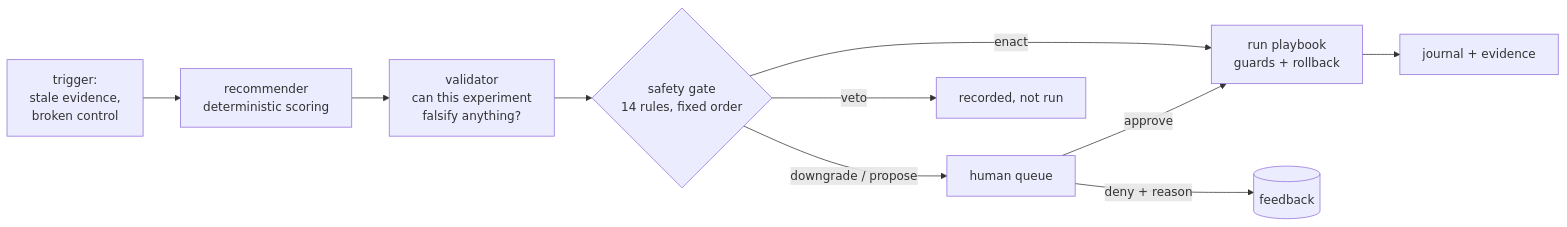
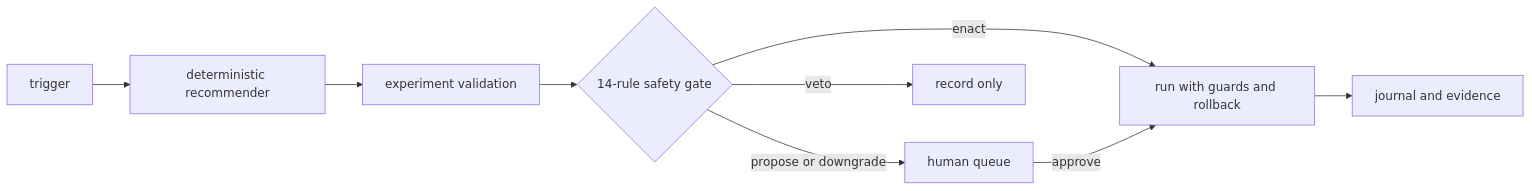
The diagram in docs/blog/25-autopilot.md (mwigge/tumult), drawn with Mermaid before and after one commit. The commit also changed other lines of this file and 110 other files, not shown here.

````diff
--- a/docs/blog/25-autopilot.md
+++ b/docs/blog/25-autopilot.md
@@ -19,12 +22,13 @@
 ```mermaid
 flowchart LR
-    t[trigger:\nstale evidence,\nbroken control] --> r[recommender\ndeterministic scoring]
-    r --> v[validator\ncan this experiment\nfalsify anything?]
-    v --> g{safety gate\n14 rules, fixed order}
-    g -->|enact| run[run playbook\nguards + rollback]
-    g -->|downgrade / propose| q[human queue]
-    g -->|veto| x[recorded, not run]
+    accTitle: Tumult autopilot decision flow
+    accDescr: A deterministic recommendation is validated and evaluated by a fourteen-rule safety gate before it can run, enter a human queue, or be vetoed.
+    t[trigger] --> r[deterministic recommender]
+    r --> v[experiment validation]
+    v --> g{14-rule safety gate}
+    g -->|enact| run[run with guards and rollback]
+    g -->|propose or downgrade| q[human queue]
+    g -->|veto| x[record only]
     q -->|approve| run
-    q -->|deny + reason| fb[(feedback)]
-    run --> j[journal + evidence]
+    run --> j[journal and evidence]
 ```
````
